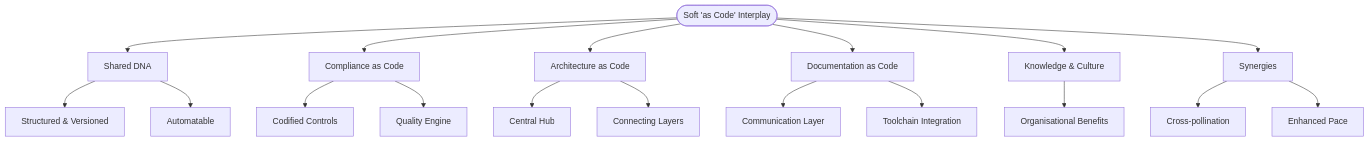
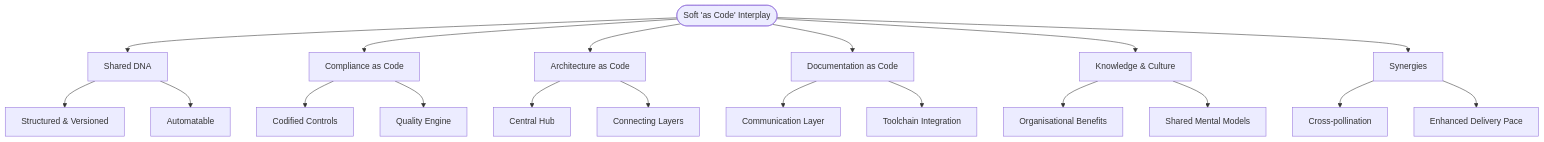
Before and after one commit to Geonitab/architecture_as_code: the diagram in docs/images/mindmap_23_soft_as_code_overview.mmd, drawn with Mermaid. The commit also changed 7 other files, not shown here.

```diff
--- a/docs/images/mindmap_23_soft_as_code_overview.mmd
+++ b/docs/images/mindmap_23_soft_as_code_overview.mmd
@@ -1,19 +1,20 @@
 graph TD
     ROOT(["Soft 'as Code' Interplay"])
     ROOT --> SD["Shared DNA"]
     ROOT --> CC["Compliance as Code"]
     ROOT --> AAC["Architecture as Code"]
     ROOT --> DAC["Documentation as Code"]
     ROOT --> KC["Knowledge & Culture"]
     ROOT --> SYN["Synergies"]
     SD --> SD1["Structured & Versioned"]
     SD --> SD2["Automatable"]
     CC --> CC1["Codified Controls"]
     CC --> CC2["Quality Engine"]
     AAC --> AAC1["Central Hub"]
     AAC --> AAC2["Connecting Layers"]
     DAC --> DAC1["Communication Layer"]
     DAC --> DAC2["Toolchain Integration"]
     KC --> KC1["Organisational Benefits"]
+    KC --> KC2["Shared Mental Models"]
     SYN --> SYN1["Cross-pollination"]
-    SYN --> SYN2["Enhanced Pace"]
+    SYN --> SYN2["Enhanced Delivery Pace"]
```
